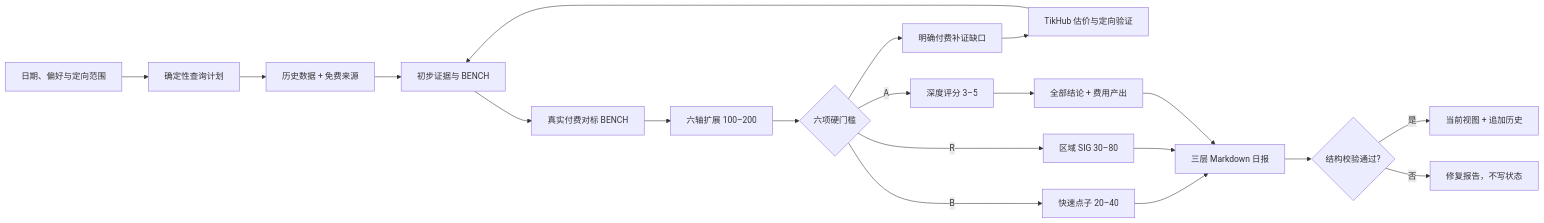
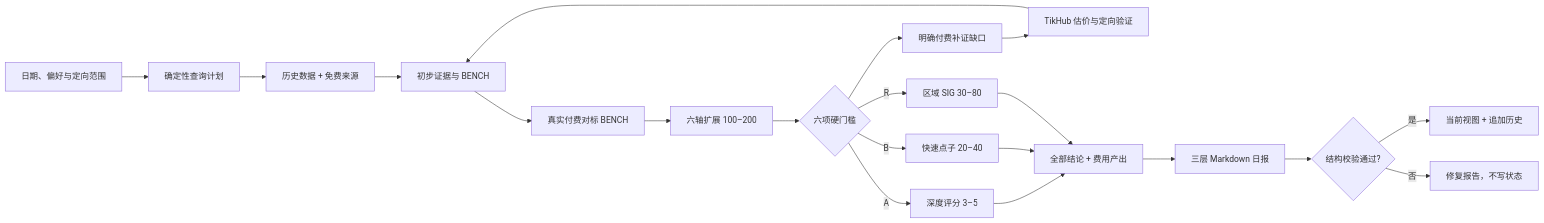
Before and after one commit to Snychng/ai-opportunity-radar: the diagram in README.md, drawn with Mermaid. The commit also changed other lines of this file and 42 other files, not shown here.

````diff
--- a/README.md
+++ b/README.md
@@ -45,22 +45,22 @@
 ```mermaid
 flowchart LR
     A["日期、偏好与定向范围"] --> B["确定性查询计划"]
     B --> C["历史数据 + 免费来源"]
     C --> E["初步证据与 BENCH"]
     H --> I["六轴扩展 100–200"]
     I --> J{"六项硬门槛"}
     J --> R["明确付费补证缺口"]
     R --> D["TikHub 估价与定向验证"]
     D --> E
     E --> H["真实付费对标 BENCH"]
     J -->|A| K["深度评分 3–5"]
     J -->|B| L["快速点子 20–40"]
     J -->|R| M["区域 SIG 30–80"]
     K --> S["全部结论 + 费用产出"]
-    L --> N
-    M --> N
+    L --> S
+    M --> S
     S --> N["三层 Markdown 日报"]
     N --> O{"结构校验通过?"}
     O -->|是| P["当前视图 + 追加历史"]
     O -->|否| Q["修复报告，不写状态"]
 ```
````
